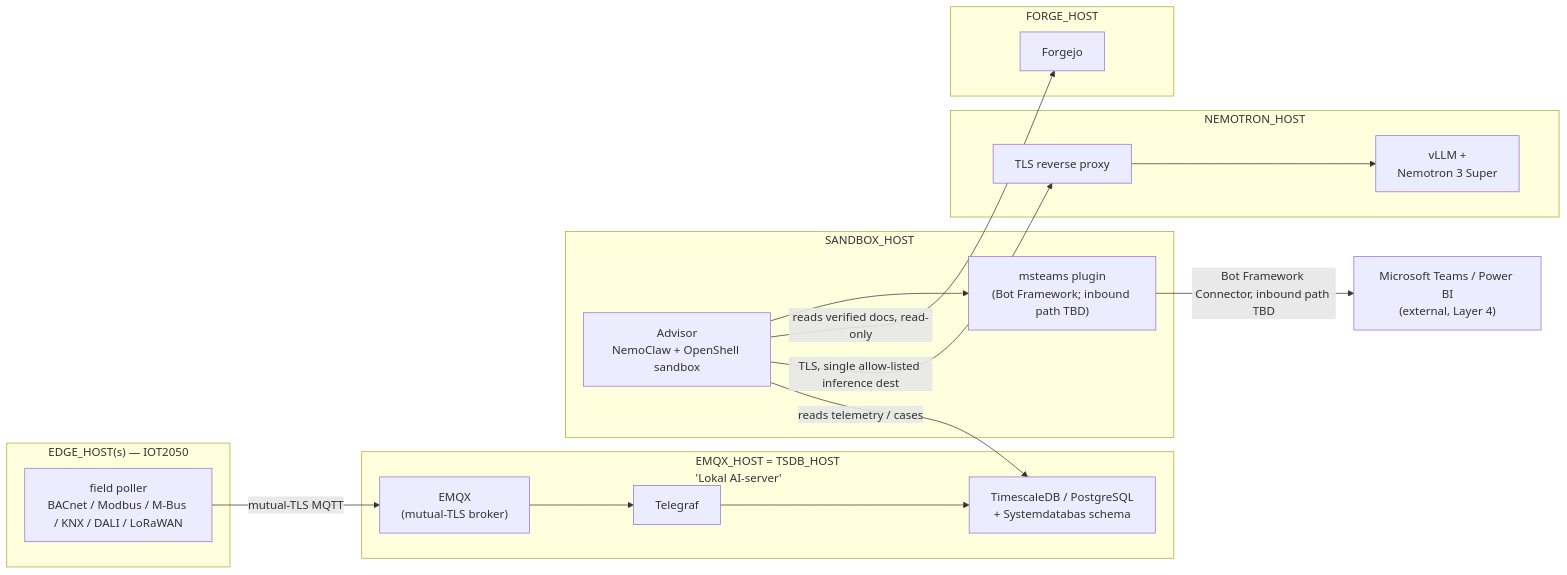
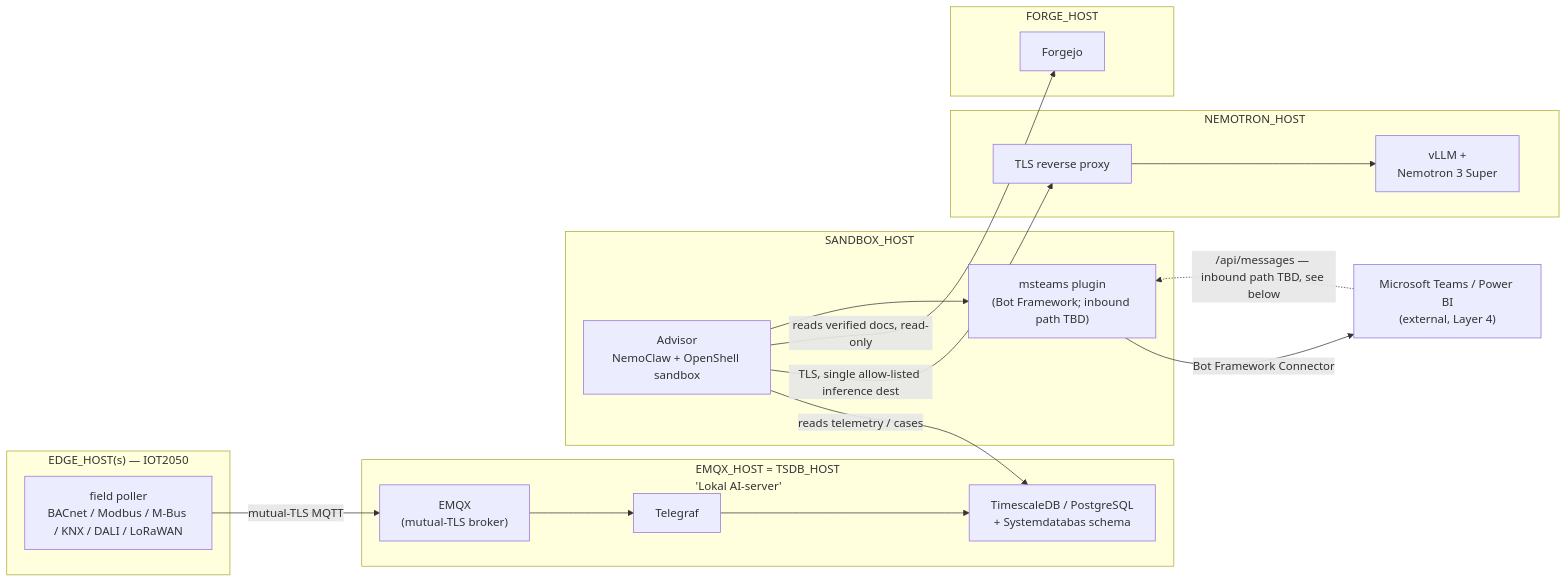
Before and after one commit to openAut/main: the diagram in docs/ARCHITECTURE.md, drawn with Mermaid. The commit also changed 4 other files, not shown here.

````diff
--- a/docs/ARCHITECTURE.md
+++ b/docs/ARCHITECTURE.md
@@ -83,33 +83,34 @@
 ```mermaid
 flowchart LR
     subgraph EDGE["EDGE_HOST(s) — IOT2050"]
         IOT["field poller<br/>BACnet / Modbus / M-Bus / KNX / DALI / LoRaWAN"]
     end
 
     subgraph AITIER["EMQX_HOST = TSDB_HOST<br/>'Lokal AI-server'"]
         EMQX["EMQX<br/>(mutual-TLS broker)"]
         TELE["Telegraf"]
         TSDB["TimescaleDB / PostgreSQL<br/>+ Systemdatabas schema"]
         EMQX --> TELE --> TSDB
     end
 
     subgraph SANDBOXH["SANDBOX_HOST"]
         ADV["Advisor<br/>NemoClaw + OpenShell sandbox"]
         TB["msteams plugin<br/>(Bot Framework; inbound path TBD)"]
     end
 
     subgraph GPU["NEMOTRON_HOST"]
         PROXY["TLS reverse proxy"] --> VLLM["vLLM +<br/>Nemotron 3 Super"]
     end
 
     subgraph FORGEH["FORGE_HOST"]
         FORGE["Forgejo"]
     end
 
     IOT -->|mutual-TLS MQTT| EMQX
     ADV -->|reads telemetry / cases| TSDB
     ADV -->|TLS, single allow-listed inference dest| PROXY
     ADV -->|reads verified docs, read-only| FORGE
     ADV --> TB
-    TB -->|Bot Framework Connector, inbound path TBD| TEAMS["Microsoft Teams / Power BI<br/>(external, Layer 4)"]
+    TB -->|Bot Framework Connector| TEAMS["Microsoft Teams / Power BI<br/>(external, Layer 4)"]
+    TEAMS -.->|"/api/messages — inbound path TBD, see below"| TB
 ```
````
